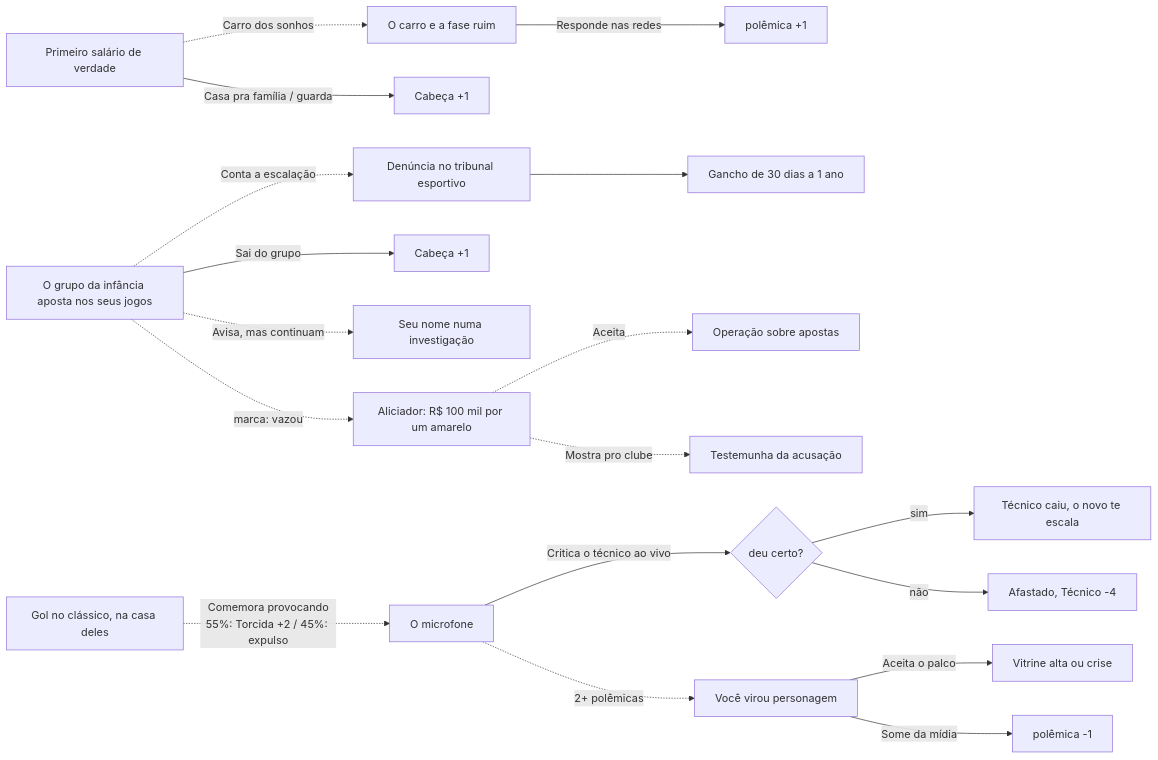
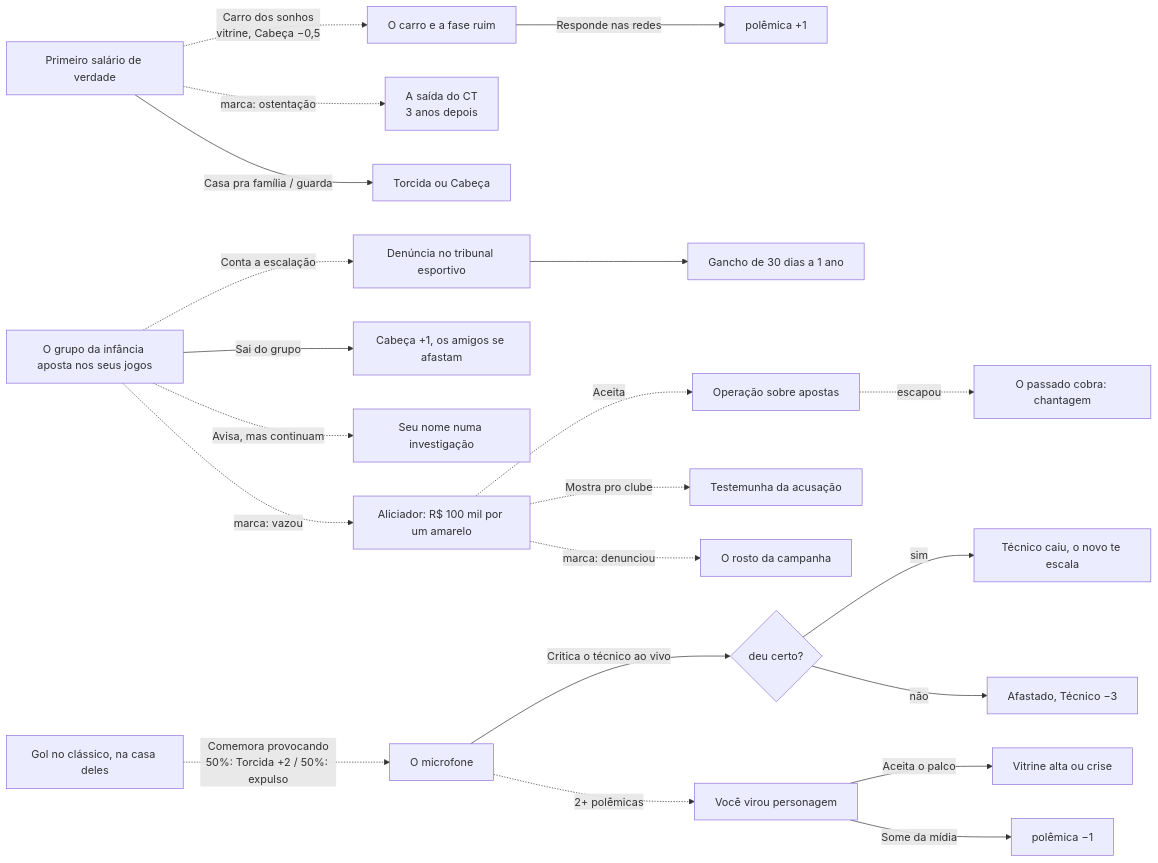
The second of 4 diagrams in docs/prata-da-casa-escolhas.md (temdadoemcasa/temdadoemcasa.github.io), drawn with Mermaid before and after one commit. The commit also changed other lines of this file and 14 other files, not shown here.

First line of the commit message:
Prata da Casa: correcoes e fase 2 da bateria de 5.000 carreiras

````diff
--- a/docs/prata-da-casa-escolhas.md
+++ b/docs/prata-da-casa-escolhas.md
@@ -46,23 +91,26 @@
 ```mermaid
 flowchart LR
-  C[Primeiro salário de verdade] -.->|Carro dos sonhos| G[O carro e a fase ruim]
-  C -->|Casa pra família / guarda| OKc[Cabeça +1]
+  C[Primeiro salário de verdade] -.->|Carro dos sonhos<br/>vitrine, Cabeça −0,5| G[O carro e a fase ruim]
+  C -.->|marca: ostentação| AS[A saída do CT<br/>3 anos depois]
+  C -->|Casa pra família / guarda| OKc[Torcida ou Cabeça]
   G -->|Responde nas redes| POL1[polêmica +1]
 
   GR[O grupo da infância aposta nos seus jogos] -.->|Conta a escalação| STJD[Denúncia no tribunal esportivo]
-  GR -->|Sai do grupo| OKg[Cabeça +1]
+  GR -->|Sai do grupo| OKg[Cabeça +1, os amigos se afastam]
   GR -.->|Avisa, mas continuam| INV[Seu nome numa investigação]
   STJD --> GAN[Gancho de 30 dias a 1 ano]
   GR -.->|marca: vazou| AL
 
   AL[Aliciador: R$ 100 mil por um amarelo] -.->|Aceita| OPR[Operação sobre apostas]
+  OPR -.->|escapou| CH[O passado cobra: chantagem]
   AL -.->|Mostra pro clube| TEST[Testemunha da acusação]
+  AL -.->|marca: denunciou| CAMP[O rosto da campanha]
 
-  PC[Gol no clássico, na casa deles] -.->|Comemora provocando<br/>55%: Torcida +2 / 45%: expulso| MIC[O microfone]
+  PC[Gol no clássico, na casa deles] -.->|Comemora provocando<br/>50%: Torcida +2 / 50%: expulso| MIC[O microfone]
   MIC -->|Critica o técnico ao vivo| CRIT{deu certo?}
   CRIT -->|sim| T1[Técnico caiu, o novo te escala]
-  CRIT -->|não| T2[Afastado, Técnico -4]
+  CRIT -->|não| T2[Afastado, Técnico −3]
   MIC -.->|2+ polêmicas| PER[Você virou personagem]
   PER -->|Aceita o palco| PAL[Vitrine alta ou crise]
-  PER -->|Some da mídia| CALM[polêmica -1]
+  PER -->|Some da mídia| CALM[polêmica −1]
 ```
````
